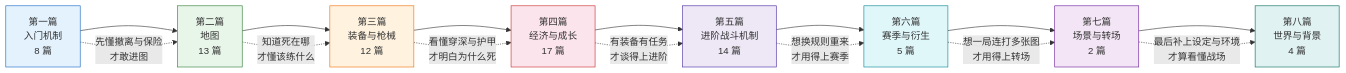
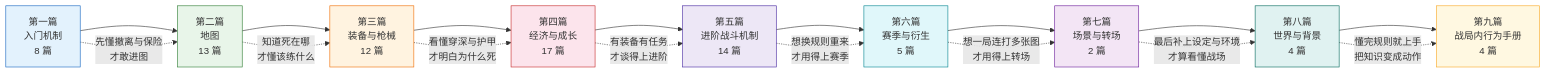
One commit to GTX950L/tarkov-encyclopedia changed the diagram in content/README.md. Above: the diagram before and after it, drawn with Mermaid. The commit also changed other lines of this file and 90 other files, not shown here.

````diff
--- a/content/README.md
+++ b/content/README.md
@@ -16,27 +16,30 @@
 ```mermaid
 flowchart LR
     A[第一篇<br/>入门机制<br/>8 篇] --> B[第二篇<br/>地图<br/>13 篇]
     B --> C[第三篇<br/>装备与枪械<br/>12 篇]
     C --> D[第四篇<br/>经济与成长<br/>17 篇]
     D --> E[第五篇<br/>进阶战斗机制<br/>14 篇]
     E --> F[第六篇<br/>赛季与衍生<br/>5 篇]
     F --> G[第七篇<br/>场景与转场<br/>2 篇]
     G --> H[第八篇<br/>世界与背景<br/>4 篇]
+    H --> I[第九篇<br/>战局内行为手册<br/>4 篇]
 
     A -. 先懂撤离与保险<br/>才敢进图 .-> B
     B -. 知道死在哪<br/>才懂该练什么 .-> C
     C -. 看懂穿深与护甲<br/>才明白为什么死 .-> D
     D -. 有装备有任务<br/>才谈得上进阶 .-> E
     E -. 想换规则重来<br/>才用得上赛季 .-> F
     F -. 想一局连打多张图<br/>才用得上转场 .-> G
     G -. 最后补上设定与环境<br/>才算看懂战场 .-> H
+    H -. 懂完规则就上手<br/>把知识变成动作 .-> I
 
     style A fill:#e3f2fd,stroke:#1565c0
     style B fill:#e8f5e9,stroke:#2e7d32
     style C fill:#fff3e0,stroke:#ef6c00
     style D fill:#fce4ec,stroke:#c62828
     style E fill:#ede7f6,stroke:#4527a0
     style F fill:#e0f7fa,stroke:#00838f
     style G fill:#f3e5f5,stroke:#6a1b9a
     style H fill:#e0f2f1,stroke:#00695c
+    style I fill:#fff8e1,stroke:#f9a825
 ```
````
